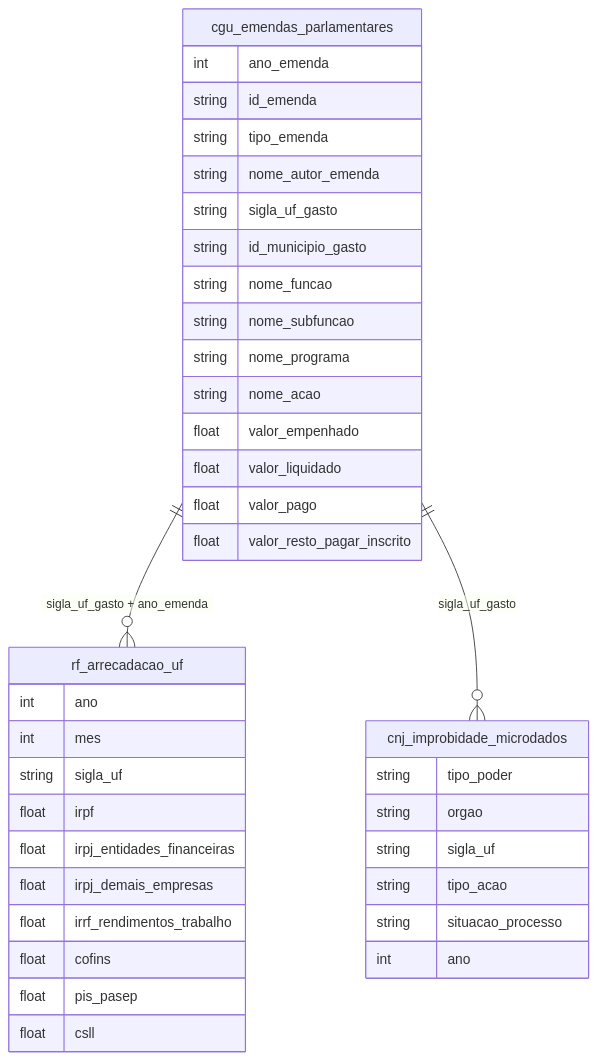
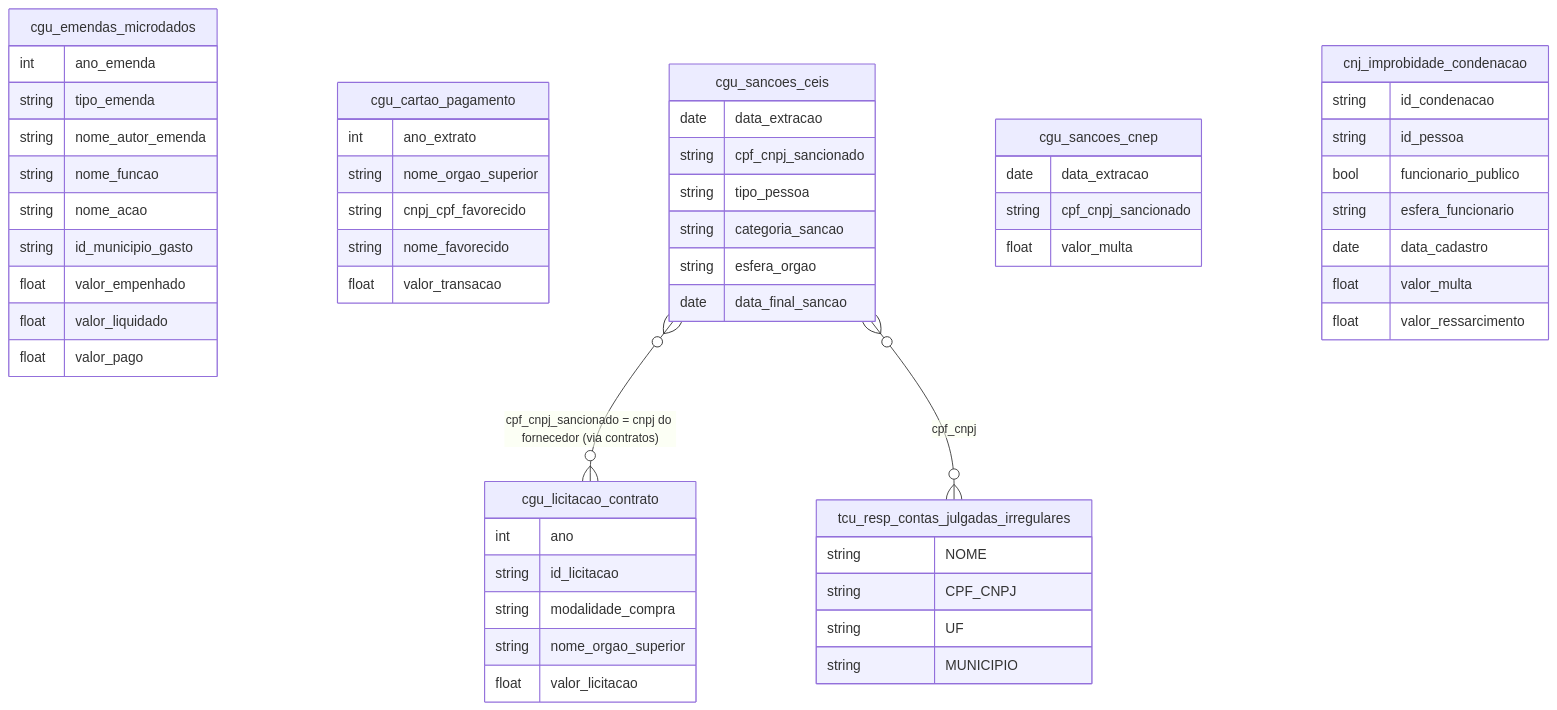
Before and after one commit to rafapolo/rodado: the diagram in docs/mapa/overview/21_corrupcao_improbidade.md, drawn with Mermaid. The commit also changed other lines of this file and 135 other files, not shown here.

````diff
--- a/docs/mapa/overview/21_corrupcao_improbidade.md
+++ b/docs/mapa/overview/21_corrupcao_improbidade.md
@@ -2,41 +2,58 @@
 ```mermaid
 erDiagram
-    cgu_emendas_parlamentares {
+    cgu_emendas_microdados {
         int ano_emenda
-        string id_emenda
         string tipo_emenda
         string nome_autor_emenda
-        string sigla_uf_gasto
+        string nome_funcao
+        string nome_acao
         string id_municipio_gasto
-        string nome_funcao
-        string nome_subfuncao
-        string nome_programa
-        string nome_acao
         float valor_empenhado
         float valor_liquidado
         float valor_pago
-        float valor_resto_pagar_inscrito
     }
-    rf_arrecadacao_uf {
+    cgu_cartao_pagamento {
+        int ano_extrato
+        string nome_orgao_superior
+        string cnpj_cpf_favorecido
+        string nome_favorecido
+        float valor_transacao
+    }
+    cgu_licitacao_contrato {
         int ano
-        int mes
-        string sigla_uf
-        float irpf
-        float irpj_entidades_financeiras
-        float irpj_demais_empresas
-        float irrf_rendimentos_trabalho
-        float cofins
-        float pis_pasep
-        float csll
+        string id_licitacao
+        string modalidade_compra
+        string nome_orgao_superior
+        float valor_licitacao
     }
-    cnj_improbidade_microdados {
-        string tipo_poder
-        string orgao
-        string sigla_uf
-        string tipo_acao
-        string situacao_processo
-        int ano
+    cgu_sancoes_ceis {
+        date data_extracao
+        string cpf_cnpj_sancionado
+        string tipo_pessoa
+        string categoria_sancao
+        string esfera_orgao
+        date data_final_sancao
     }
-    cgu_emendas_parlamentares ||--o{ rf_arrecadacao_uf : "sigla_uf_gasto + ano_emenda"
-    cgu_emendas_parlamentares ||--o{ cnj_improbidade_microdados : "sigla_uf_gasto"
+    cgu_sancoes_cnep {
+        date data_extracao
+        string cpf_cnpj_sancionado
+        float valor_multa
+    }
+    cnj_improbidade_condenacao {
+        string id_condenacao
+        string id_pessoa
+        bool funcionario_publico
+        string esfera_funcionario
+        date data_cadastro
+        float valor_multa
+        float valor_ressarcimento
+    }
+    tcu_resp_contas_julgadas_irregulares {
+        string NOME
+        string CPF_CNPJ
+        string UF
+        string MUNICIPIO
+    }
+    cgu_sancoes_ceis }o--o{ cgu_licitacao_contrato : "cpf_cnpj_sancionado = cnpj do fornecedor (via contratos)"
+    cgu_sancoes_ceis }o--o{ tcu_resp_contas_julgadas_irregulares : "cpf_cnpj"
 ```
````
